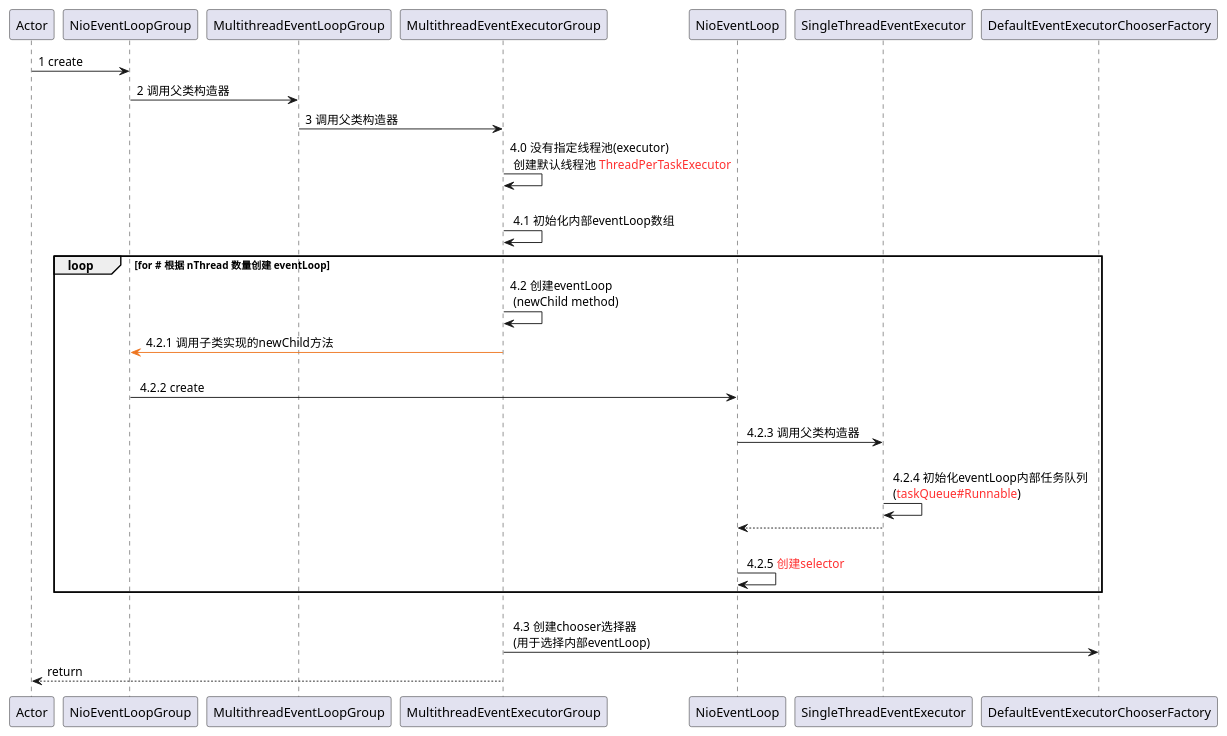
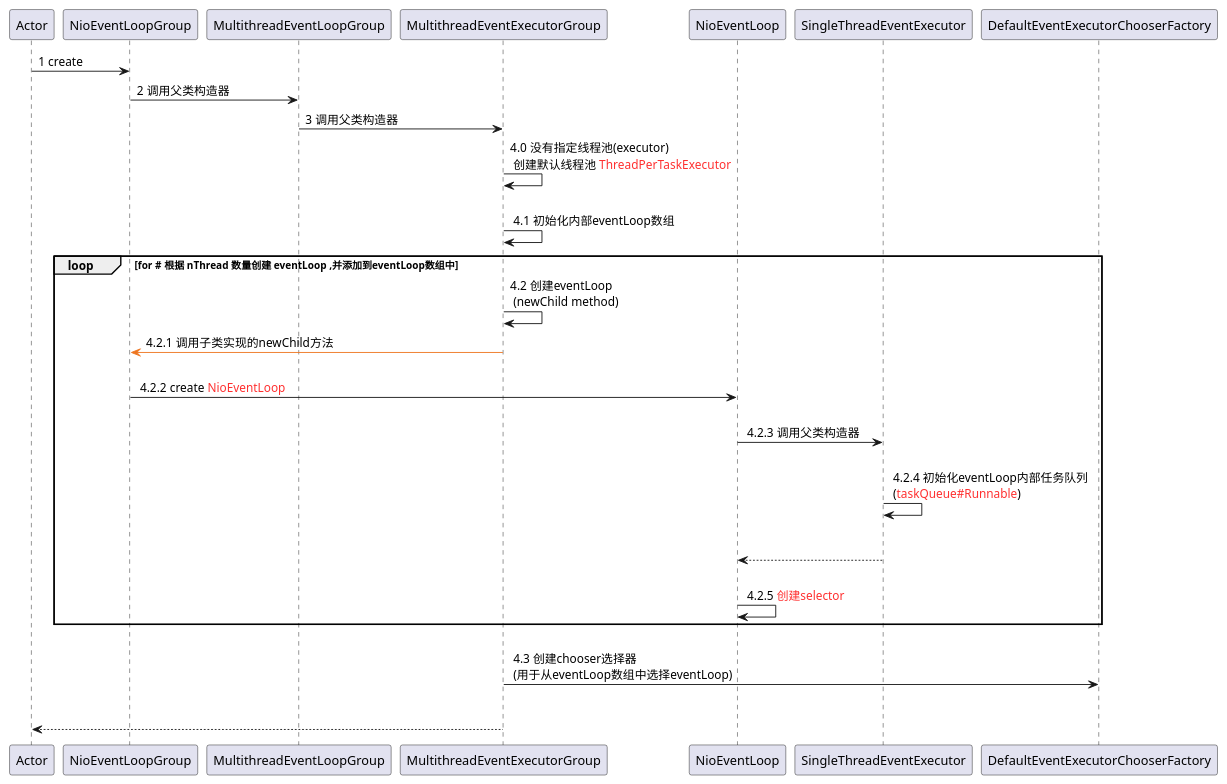
The diagram in puml/NioEventLoopGroup.puml (Simba-cheng/netty), drawn with PlantUML before and after one commit. The commit also changed 1 other file, not shown here.

```diff
--- a/puml/NioEventLoopGroup.puml
+++ b/puml/NioEventLoopGroup.puml
@@ -1,27 +1,27 @@
 @startuml participant
 
 Actor -> NioEventLoopGroup: 1 create
 NioEventLoopGroup -> MultithreadEventLoopGroup: 2 调用父类构造器
 
 MultithreadEventLoopGroup -> MultithreadEventExecutorGroup: 3 调用父类构造器
 
 MultithreadEventExecutorGroup -> MultithreadEventExecutorGroup: 4.0 没有指定线程池(executor) \n 创建默认线程池 <color:#FF3030>ThreadPerTaskExecutor</color>
 
 MultithreadEventExecutorGroup -> MultithreadEventExecutorGroup: \n 4.1 初始化内部eventLoop数组
 
 ' ----- 分割线 -----
-loop for # 根据 nThread 数量创建 eventLoop
+loop for # 根据 nThread 数量创建 eventLoop ,并添加到eventLoop数组中
 MultithreadEventExecutorGroup -> MultithreadEventExecutorGroup: 4.2 创建eventLoop \n (newChild method)
 NioEventLoopGroup <-[#EE7621] MultithreadEventExecutorGroup: 4.2.1 调用子类实现的newChild方法
-NioEventLoopGroup -> NioEventLoop: \n 4.2.2 create
+NioEventLoopGroup -> NioEventLoop: \n 4.2.2 create <color:#FF3030>NioEventLoop</color>
 NioEventLoop -> SingleThreadEventExecutor: \n 4.2.3 调用父类构造器
 SingleThreadEventExecutor -> SingleThreadEventExecutor: \n 4.2.4 初始化eventLoop内部任务队列 \n (<color:#FF3030>taskQueue#Runnable</color>)
-NioEventLoop <-- SingleThreadEventExecutor
+NioEventLoop <-- SingleThreadEventExecutor: \n 
 NioEventLoop -> NioEventLoop: \n 4.2.5 <color:#FF3030>创建selector</color>
 end
 ' ----- 分割线 -----
 
-MultithreadEventExecutorGroup -> DefaultEventExecutorChooserFactory: \n 4.3 创建chooser选择器 \n (用于选择内部eventLoop)
+MultithreadEventExecutorGroup -> DefaultEventExecutorChooserFactory: \n 4.3 创建chooser选择器 \n (用于从eventLoop数组中选择eventLoop)
 
-Actor <-- MultithreadEventExecutorGroup: return
+Actor <-- MultithreadEventExecutorGroup: \n 
 @enduml
```
